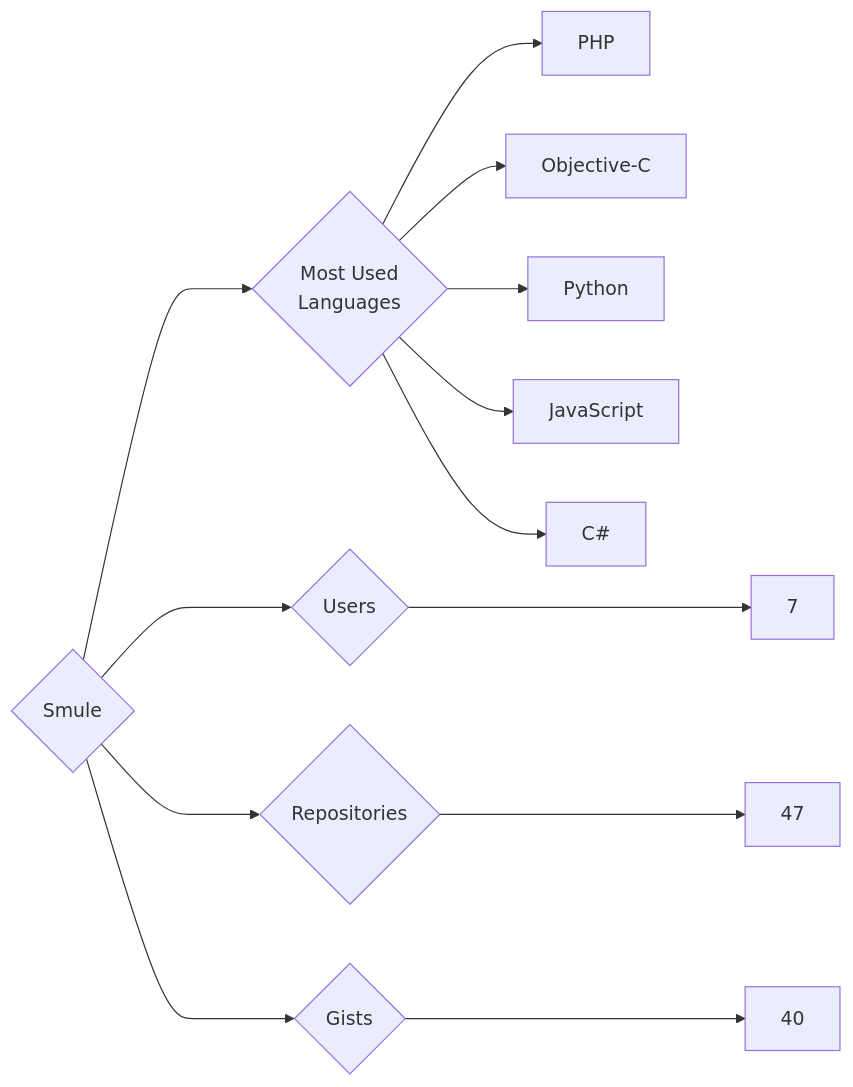
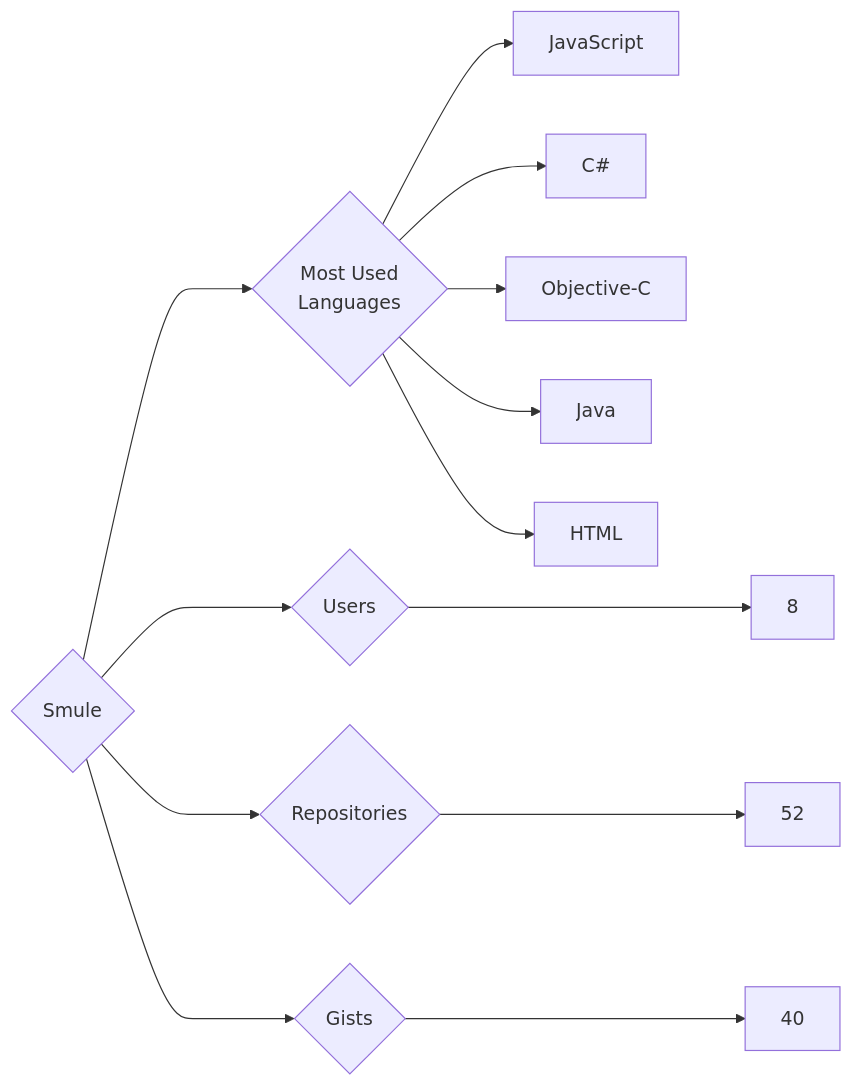
Before and after one commit to trickest/insiders: the diagram in targets/Smule/README.md, drawn with Mermaid. The commit also changed 682 other files, not shown here.

````diff
--- a/targets/Smule/README.md
+++ b/targets/Smule/README.md
@@ -3,13 +3,13 @@
 ```mermaid
 graph LR
 COMPANY_NAME{Smule}
-COMPANY_NAME ---> U{Users} ---> UN[7]
-COMPANY_NAME ---> R{Repositories} ---> RN[47]
+COMPANY_NAME ---> U{Users} ---> UN[8]
+COMPANY_NAME ---> R{Repositories} ---> RN[52]
 COMPANY_NAME ---> G{Gists} ---> GN[40]
 COMPANY_NAME ---> ML{Most Used<br>Languages}
-ML --> PHP[PHP]
-ML --> Objective-C[Objective-C]
-ML --> Python[Python]
 ML --> JavaScript[JavaScript]
 ML --> C#[C#]
+ML --> Objective-C[Objective-C]
+ML --> Java[Java]
+ML --> HTML[HTML]
 ```
````
